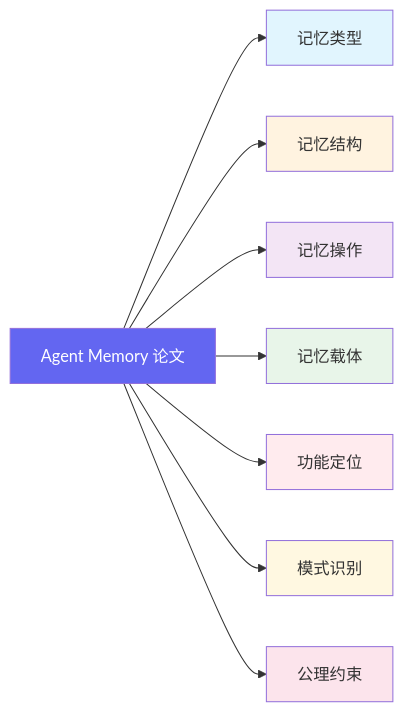
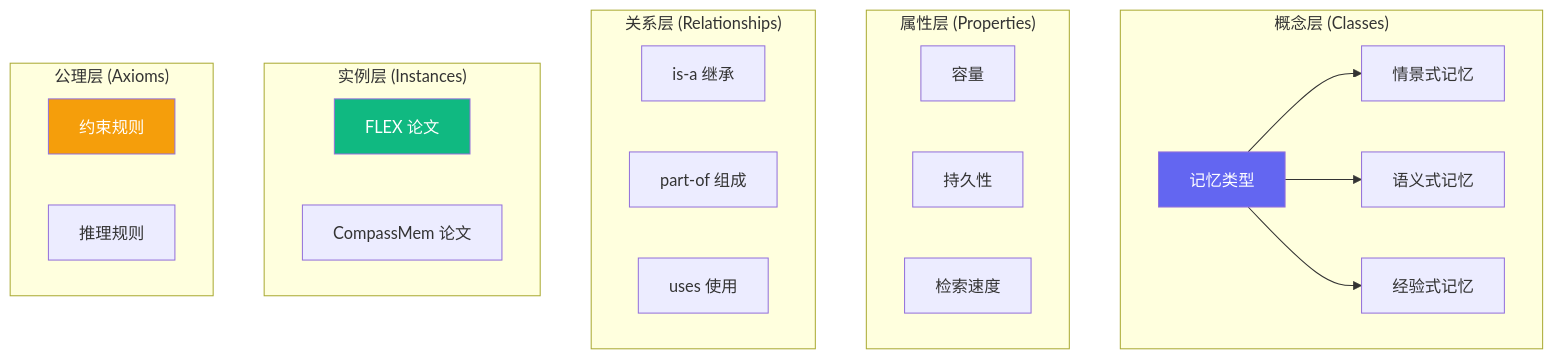
Before and after one commit to Haiyoung/AgentMemoryAtlas: the second of 3 diagrams in ontology/00_本体论入门.md, drawn with Mermaid. The commit also changed other lines of this file, not shown here.

````diff
--- a/ontology/00_本体论入门.md
+++ b/ontology/00_本体论入门.md
@@ -213,19 +232,34 @@
 ```mermaid
-graph LR
-    A[Agent Memory 论文] --> B[记忆类型]
-    A --> C[记忆结构]
-    A --> D[记忆操作]
-    A --> E[记忆载体]
-    A --> F[功能定位]
-    A --> G[模式识别]
-    A --> H[公理约束]
+graph TD
+    subgraph "概念层 (Classes)"
+        A[记忆类型] --> B[情景式记忆]
+        A --> C[语义式记忆]
+        A --> D[经验式记忆]
+    end
+    
+    subgraph "属性层 (Properties)"
+        E[容量]
+        F[持久性]
+        G[检索速度]
+    end
+    
+    subgraph "关系层 (Relationships)"
+        H[is-a 继承]
+        I[part-of 组成]
+        J[uses 使用]
+    end
+    
+    subgraph "实例层 (Instances)"
+        K[FLEX 论文]
+        L[CompassMem 论文]
+    end
+    
+    subgraph "公理层 (Axioms)"
+        M[约束规则]
+        N[推理规则]
+    end
     
     style A fill:#6366f1,color:#fff
-    style B fill:#e1f5fe
-    style C fill:#fff3e0
-    style D fill:#f3e5f5
-    style E fill:#e8f5e9
-    style F fill:#ffebee
-    style G fill:#fff8e1
-    style H fill:#fce4ec
+    style K fill:#10b981,color:#fff
+    style M fill:#f59e0b,color:#fff
 ```
````
